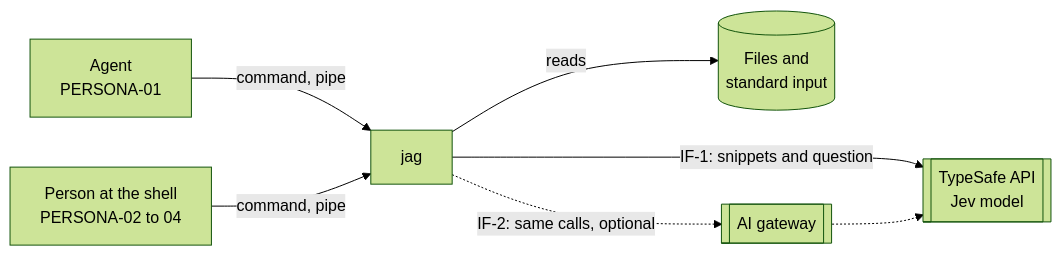
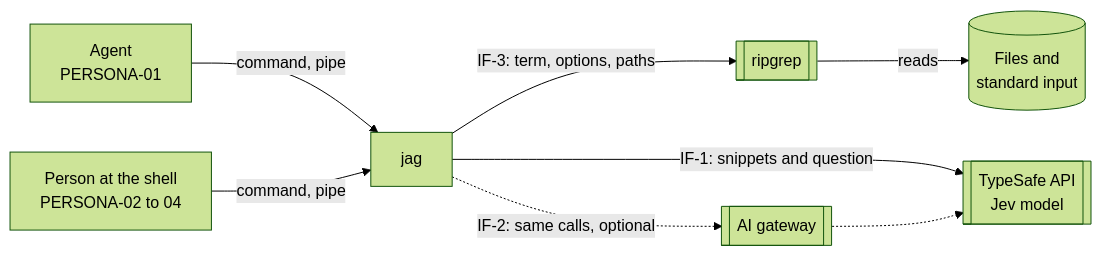
One commit to 404pilo/jag-fork-test changed the diagram in docs/product/system-design.md. Above: the diagram before and after it, drawn with Mermaid (forest theme). The commit also changed other lines of this file, not shown here.

````diff
--- a/docs/product/system-design.md
+++ b/docs/product/system-design.md
@@ -132,9 +132,10 @@
 ```mermaid
 flowchart LR
   agent[Agent<br/>PERSONA-01] -->|command, pipe| jag
   person[Person at the shell<br/>PERSONA-02 to 04] -->|command, pipe| jag
-  jag[jag] -->|reads| files[(Files and<br/>standard input)]
+  jag[jag] -->|IF-3: term, options, paths| rg[[ripgrep]]
+  rg -->|reads| files[(Files and<br/>standard input)]
   jag -->|IF-1: snippets and question| typesafe[[TypeSafe API<br/>Jev model]]
   jag -.->|IF-2: same calls, optional| gateway[[AI gateway]]
   gateway -.-> typesafe
 ```
````
